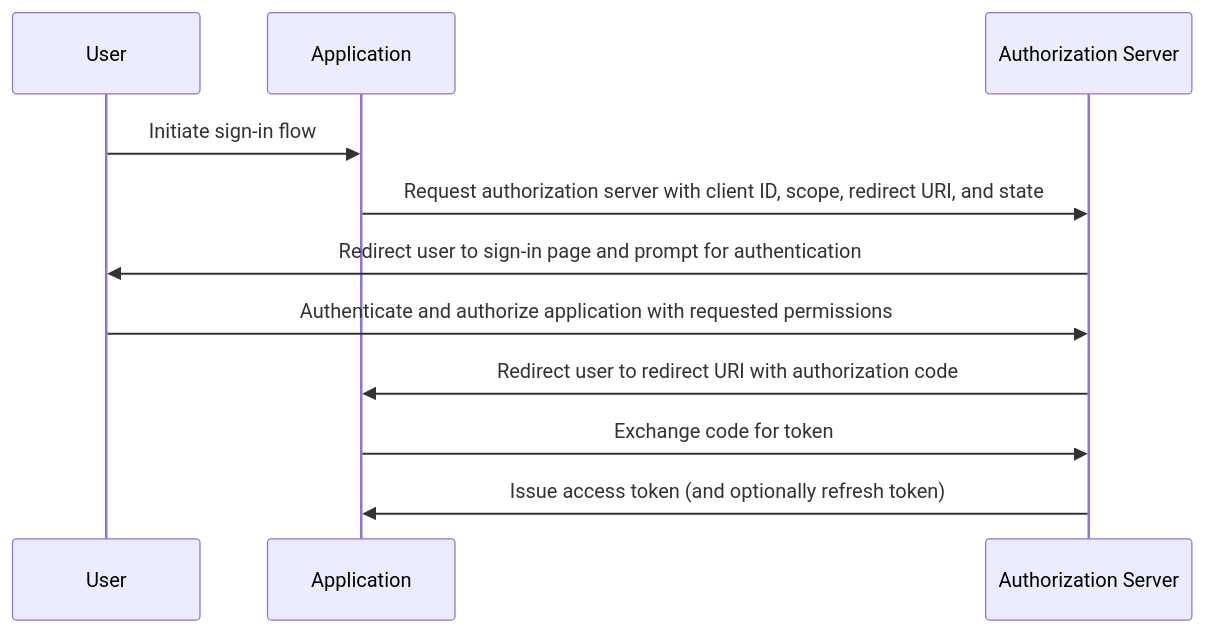
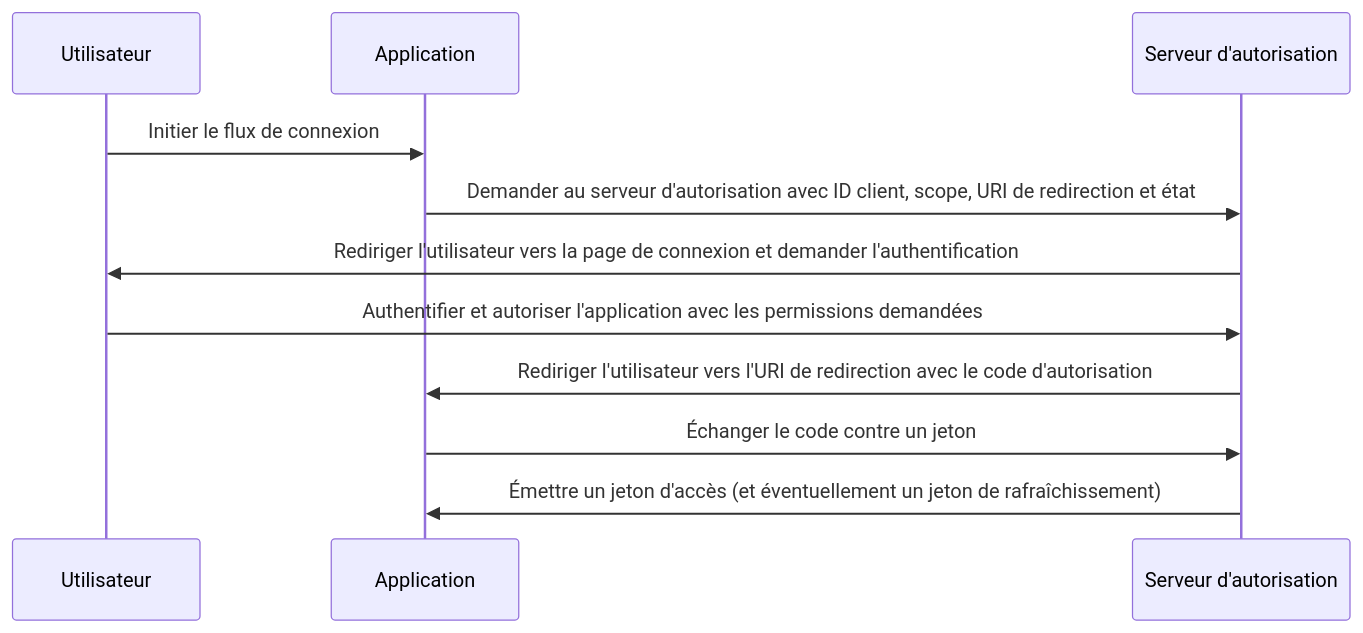
The diagram in src/content/terms/fr/authorization-code-flow.mdx (logto-io/auth-wiki), drawn with Mermaid before and after one commit. The commit also changed other lines of this file and 95 other files, not shown here.

````diff
--- a/src/content/terms/fr/authorization-code-flow.mdx
+++ b/src/content/terms/fr/authorization-code-flow.mdx
@@ -25,14 +27,14 @@
 ```mermaid
 sequenceDiagram
-    participant User
+    participant Utilisateur
     participant Application
-    participant Authorization Server
+    participant Serveur d'autorisation
 
-    User->>Application: Initiate sign-in flow
-    Application->>Authorization Server: Request authorization server with client ID, scope, redirect URI, and state
-    Authorization Server->>User: Redirect user to sign-in page and prompt for authentication
-    User->>Authorization Server: Authenticate and authorize application with requested permissions
-    Authorization Server->>Application: Redirect user to redirect URI with authorization code
-    Application->>Authorization Server: Exchange code for token
-    Authorization Server->>Application: Issue access token (and optionally refresh token)
+    Utilisateur->>Application: Initier le flux de connexion
+    Application->>Serveur d'autorisation: Demander au serveur d'autorisation avec ID client, scope, URI de redirection et état
+    Serveur d'autorisation->>Utilisateur: Rediriger l'utilisateur vers la page de connexion et demander l'authentification
+    Utilisateur->>Serveur d'autorisation: Authentifier et autoriser l'application avec les permissions demandées
+    Serveur d'autorisation->>Application: Rediriger l'utilisateur vers l'URI de redirection avec le code d'autorisation
+    Application->>Serveur d'autorisation: Échanger le code contre un jeton
+    Serveur d'autorisation->>Application: Émettre un jeton d'accès (et éventuellement un jeton de rafraîchissement)
 ```
````
